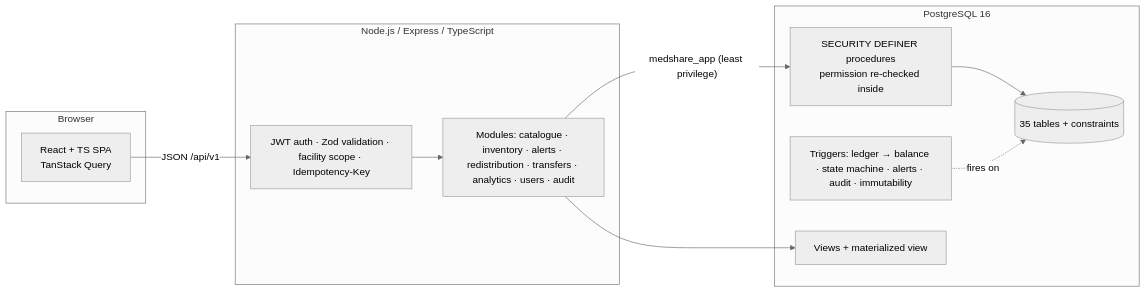
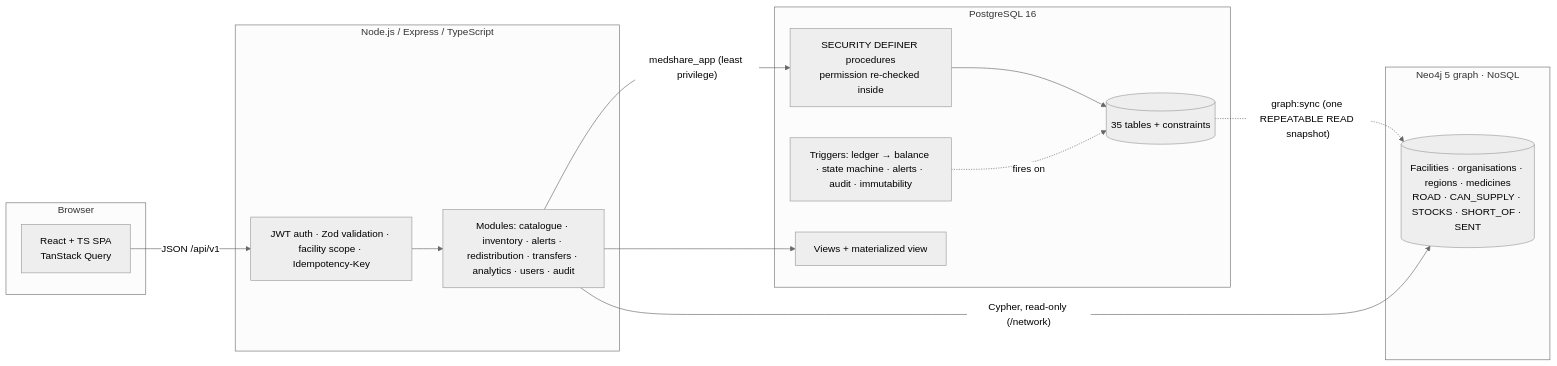
The diagram in README.md (HarshPES1UG24AM112/MedShare), drawn with Mermaid (neutral theme) before and after one commit. The commit also changed other lines of this file and 31 other files, not shown here.

First line of the commit message:
feat: add Neo4j graph database (NoSQL) for the facility network

````diff
--- a/README.md
+++ b/README.md
@@ -37,20 +38,25 @@
 ```mermaid
 flowchart LR
   subgraph Browser
     FE[React + TS SPA<br/>TanStack Query]
   end
   subgraph API[Node.js / Express / TypeScript]
     MW[JWT auth · Zod validation · facility scope · Idempotency-Key]
     SV[Modules: catalogue · inventory · alerts · redistribution · transfers · analytics · users · audit]
   end
   subgraph DB[PostgreSQL 16]
     T[(35 tables + constraints)]
     P[SECURITY DEFINER procedures<br/>permission re-checked inside]
     TR[Triggers: ledger → balance · state machine · alerts · audit · immutability]
     V[Views + materialized view]
   end
+  subgraph GDB[Neo4j 5 graph · NoSQL]
+    G[(Facilities · organisations · regions · medicines<br/>ROAD · CAN_SUPPLY · STOCKS · SHORT_OF · SENT)]
+  end
   FE -- JSON /api/v1 --> MW --> SV
   SV -- "medshare_app (least privilege)" --> P --> T
   SV --> V
+  T -. "graph:sync (one REPEATABLE READ snapshot)" .-> G
+  SV -- "Cypher, read-only (/network)" --> G
   TR -. fires on .-> T
 ```
````
